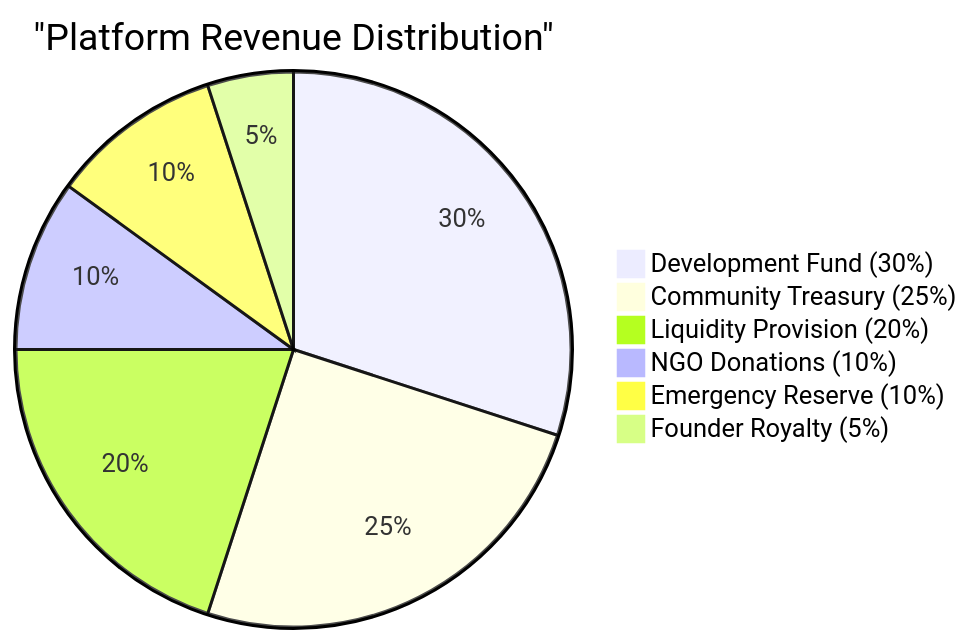
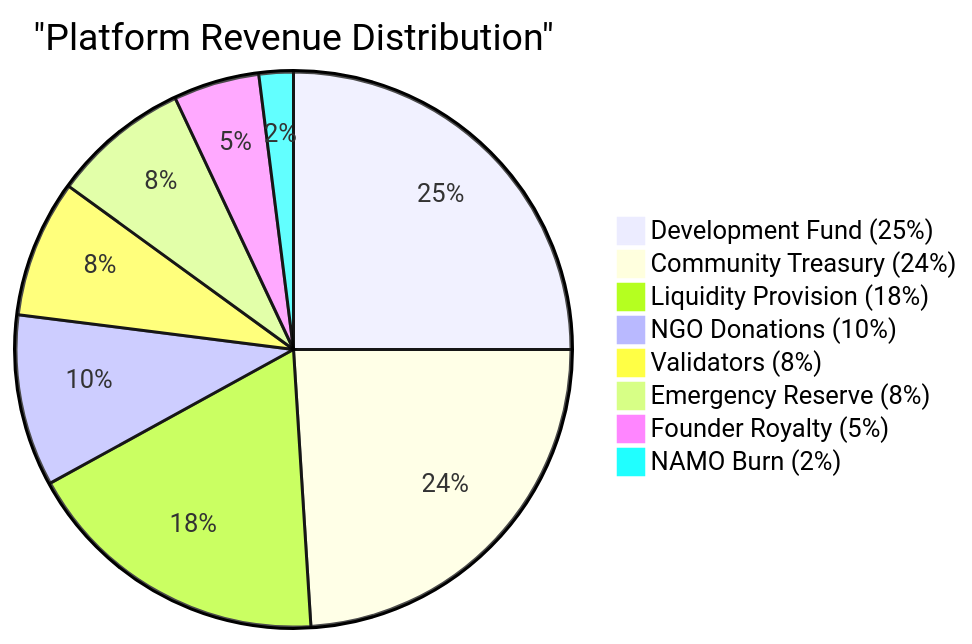
Before and after one commit to DeshChain/DeshChain-Ecosystem: the third of 9 diagrams in docs/modules/TAX_MODULE.md, drawn with Mermaid. The commit also changed other lines of this file and 32 other files, not shown here.

````diff
--- a/docs/modules/TAX_MODULE.md
+++ b/docs/modules/TAX_MODULE.md
@@ -68,9 +70,11 @@
 ```mermaid
 pie title "Platform Revenue Distribution"
-    "Development Fund (30%)" : 30
-    "Community Treasury (25%)" : 25
-    "Liquidity Provision (20%)" : 20
+    "Development Fund (25%)" : 25
+    "Community Treasury (24%)" : 24
+    "Liquidity Provision (18%)" : 18
     "NGO Donations (10%)" : 10
-    "Emergency Reserve (10%)" : 10
+    "Validators (8%)" : 8
+    "Emergency Reserve (8%)" : 8
     "Founder Royalty (5%)" : 5
+    "NAMO Burn (2%)" : 2
 ```
````
